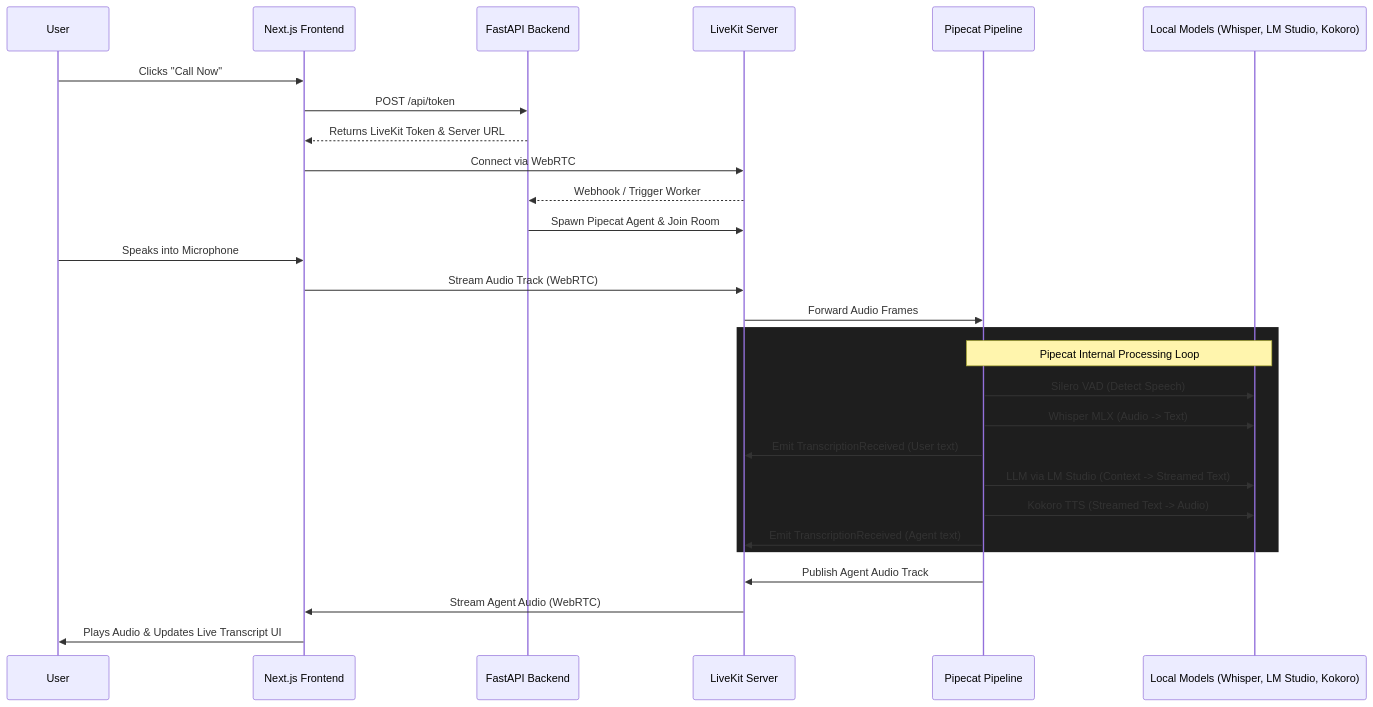
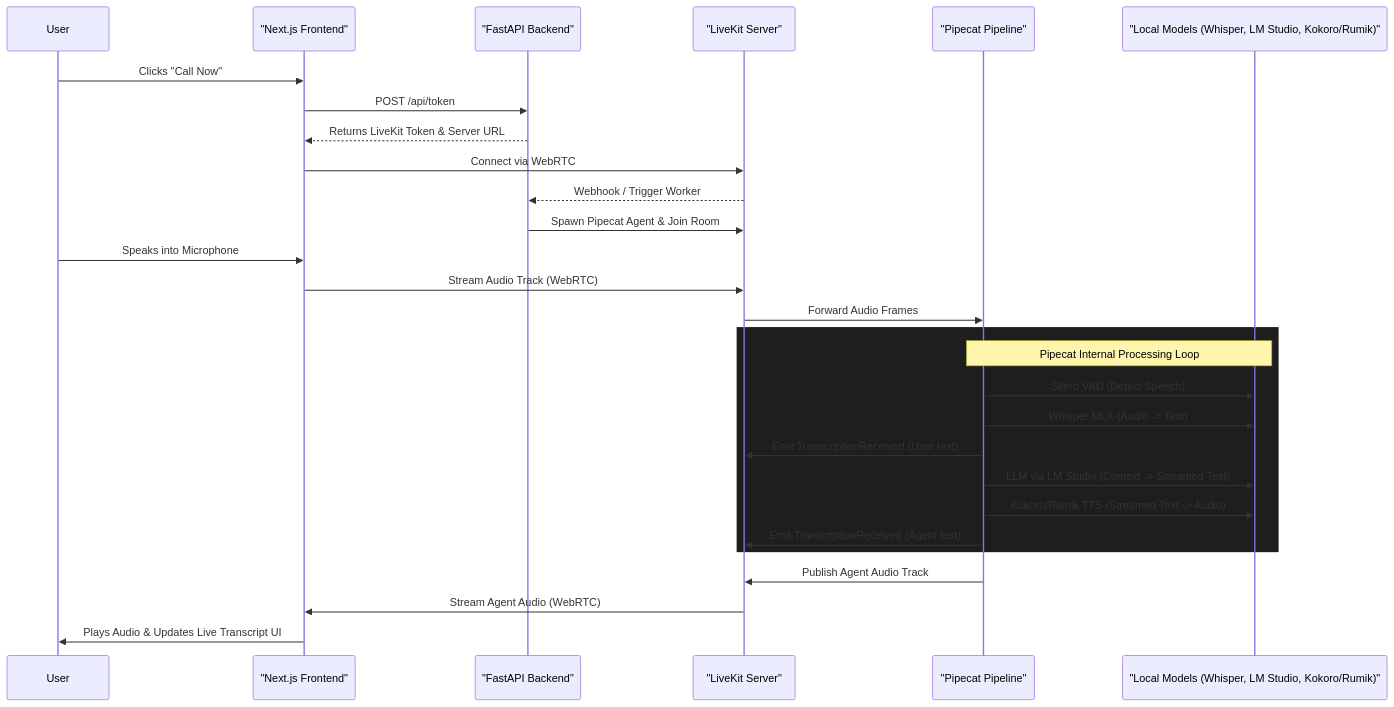
The diagram in README.md (ddddsssss4/rumikspeechengine), drawn with Mermaid before and after one commit. The commit also changed other lines of this file, not shown here.

Commit message:
docs: fix mermaid syntax and add rumik integration details

````diff
--- a/README.md
+++ b/README.md
@@ -25,35 +27,35 @@
 ```mermaid
 sequenceDiagram
     participant User
-    participant Frontend as Next.js Frontend
-    participant Backend as FastAPI Backend
-    participant LiveKit as LiveKit Server
-    participant Pipecat as Pipecat Pipeline
-    participant Models as Local Models (Whisper, LM Studio, Kokoro)
+    participant Frontend as "Next.js Frontend"
+    participant Backend as "FastAPI Backend"
+    participant LiveKit as "LiveKit Server"
+    participant Pipecat as "Pipecat Pipeline"
+    participant Models as "Local Models (Whisper, LM Studio, Kokoro/Rumik)"
 
     User->>Frontend: Clicks "Call Now"
     Frontend->>Backend: POST /api/token
     Backend-->>Frontend: Returns LiveKit Token & Server URL
     
     Frontend->>LiveKit: Connect via WebRTC
     LiveKit-->>Backend: Webhook / Trigger Worker
     Backend->>LiveKit: Spawn Pipecat Agent & Join Room
     
     User->>Frontend: Speaks into Microphone
     Frontend->>LiveKit: Stream Audio Track (WebRTC)
     LiveKit->>Pipecat: Forward Audio Frames
     
     rect rgb(30, 30, 30)
         Note over Pipecat, Models: Pipecat Internal Processing Loop
         Pipecat->>Models: Silero VAD (Detect Speech)
         Pipecat->>Models: Whisper MLX (Audio -> Text)
         Pipecat->>LiveKit: Emit TranscriptionReceived (User text)
         Pipecat->>Models: LLM via LM Studio (Context -> Streamed Text)
-        Pipecat->>Models: Kokoro TTS (Streamed Text -> Audio)
+        Pipecat->>Models: Kokoro/Rumik TTS (Streamed Text -> Audio)
         Pipecat->>LiveKit: Emit TranscriptionReceived (Agent text)
     end
     
     Pipecat->>LiveKit: Publish Agent Audio Track
     LiveKit->>Frontend: Stream Agent Audio (WebRTC)
     Frontend->>User: Plays Audio & Updates Live Transcript UI
 ```
````
